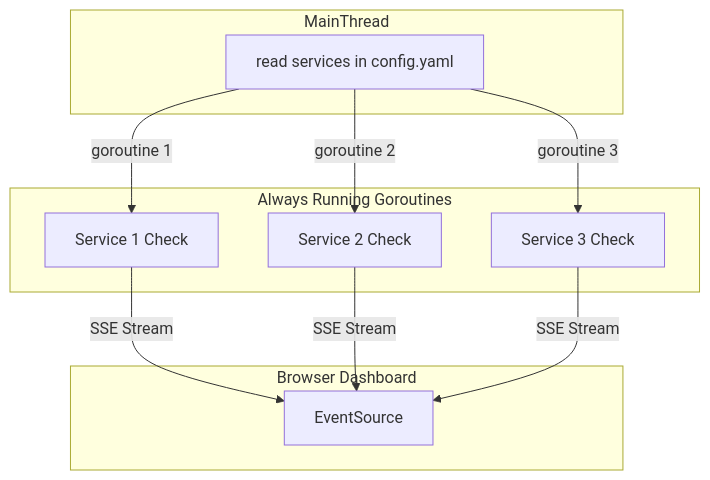
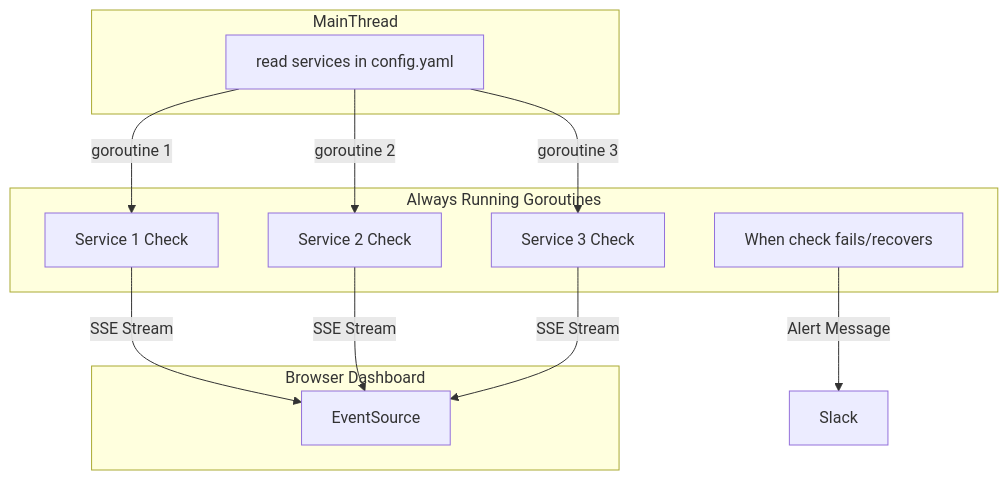
One commit to piqoni/inxidents changed the diagram in README.md. Above: the diagram before and after it, drawn with Mermaid.

````diff
--- a/README.md
+++ b/README.md
@@ -80,21 +80,23 @@
 ```mermaid
 flowchart TB
   subgraph MainThread
     Main[read services in config.yaml]
   end
 
   subgraph Always Running Goroutines
     Service1[Service 1 Check]
     Service2[Service 2 Check]
     Service3[Service 3 Check]
+    SendAlerts[When check fails/recovers]
   end
 
   Main -->|goroutine 1| Service1
   Main -->|goroutine 2| Service2
   Main -->|goroutine 3| Service3
+  SendAlerts -->|Alert Message| Slack
 subgraph Browser Dashboard
   Service1 -->|SSE Stream| EventSource
   Service2 -->|SSE Stream| EventSource
   Service3 -->|SSE Stream | EventSource
 end
 ```
````
